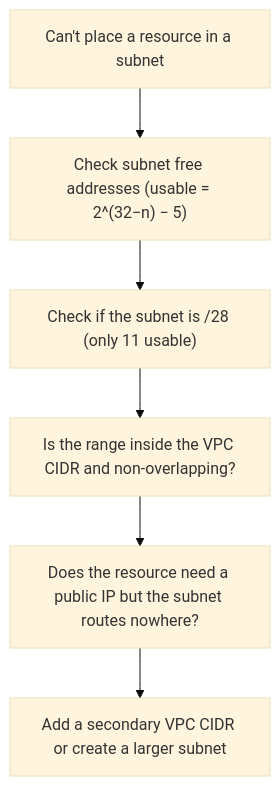
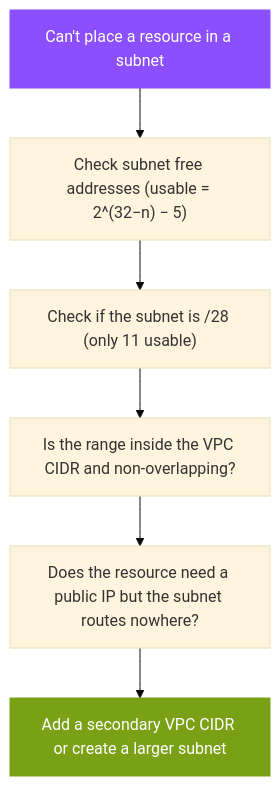
One commit to GabrielAlmeidaFlores/AWS-CloudOps-Engineer-Associate-Doc changed the diagram in 01-concepts/01-networking/01-ip-addressing/03-troubleshooting.md. Above: the diagram before and after it, drawn with Mermaid (base theme). The commit also changed other lines of this file and 22 other files, not shown here.

First line of the commit message:
docs: AWS-styled Mermaid, IAM/VPC console screenshots, and AGENTS.md rules

````diff
--- a/01-concepts/01-networking/01-ip-addressing/03-troubleshooting.md
+++ b/01-concepts/01-networking/01-ip-addressing/03-troubleshooting.md
@@ -5,8 +5,12 @@
 ```mermaid
 flowchart TD
     A["Can't place a resource in a subnet"] --> B["Check subnet free addresses (usable = 2^(32−n) − 5)"]
     B --> C["Check if the subnet is /28 (only 11 usable)"]
     C --> D["Is the range inside the VPC CIDR and non-overlapping?"]
     D --> E["Does the resource need a public IP but the subnet routes nowhere?"]
     E --> F["Add a secondary VPC CIDR or create a larger subnet"]
+    classDef network fill:#8C4FFF,stroke:#8C4FFF,color:#ffffff
+    classDef ok fill:#7AA116,stroke:#7AA116,color:#ffffff
+    class A network
+    class F ok
 ```
````
